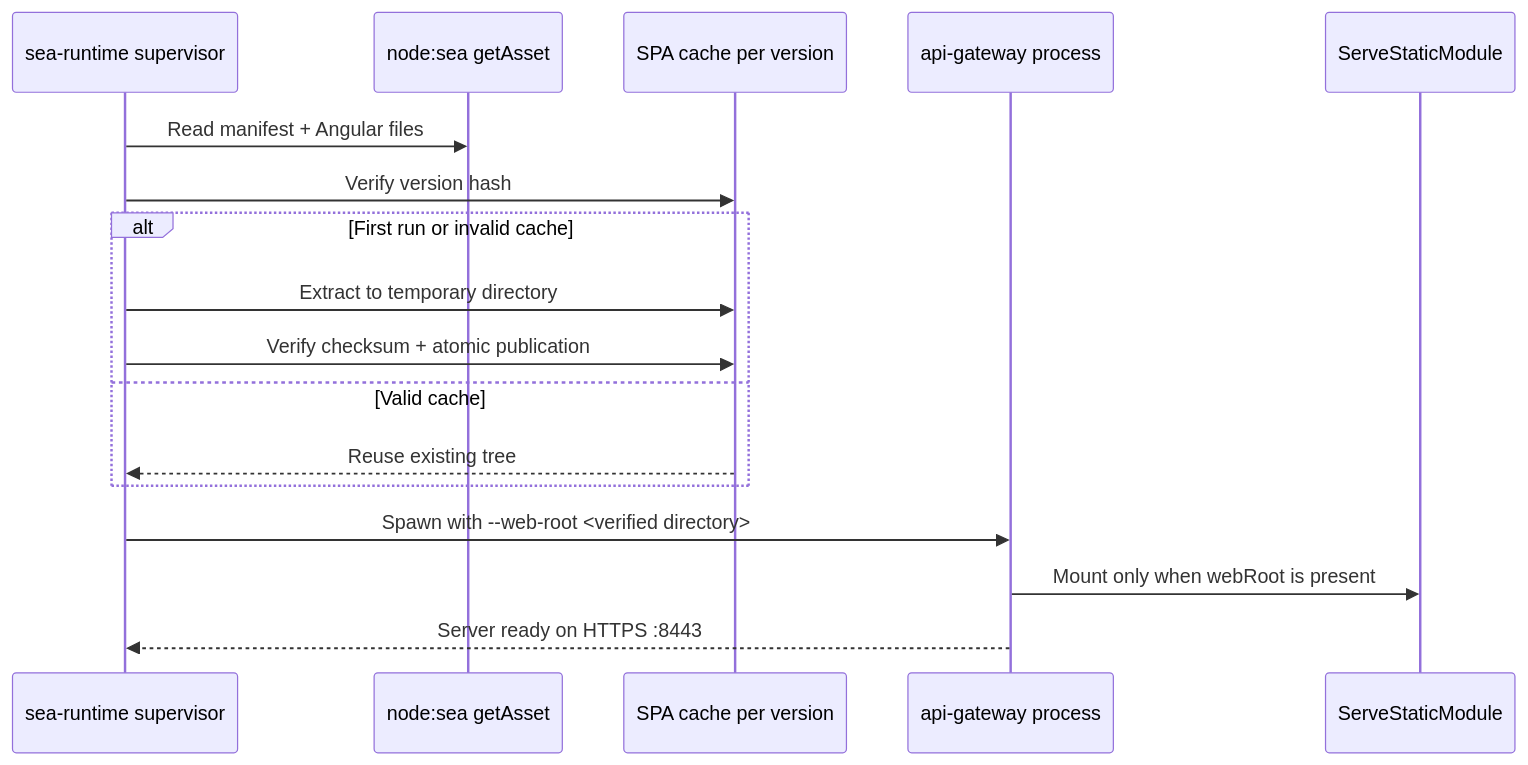
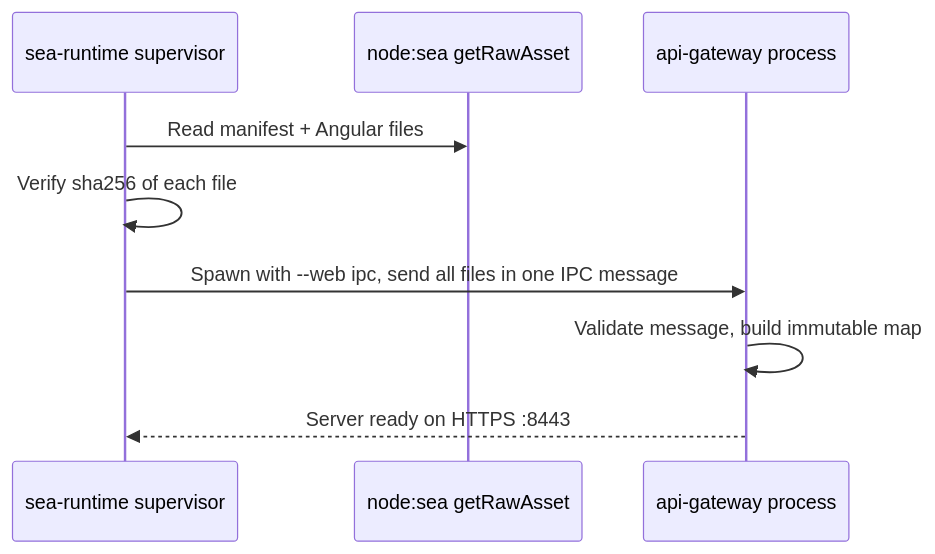
Before and after one commit to virgenherrera/lan-solution-template: the third of 7 diagrams in docs/requirements/06-web-gateway-https-pwa.md, drawn with Mermaid. The commit also changed other lines of this file and 20 other files, not shown here.

Commit message:
feat: serve the web bundle from memory over IPC (POC-1f) (#9)

````diff
--- a/docs/requirements/06-web-gateway-https-pwa.md
+++ b/docs/requirements/06-web-gateway-https-pwa.md
@@ -112,19 +110,11 @@
 ```mermaid
 sequenceDiagram
     participant SEA as sea-runtime supervisor
-    participant Assets as node:sea getAsset
-    participant Cache as SPA cache per version
+    participant Assets as node:sea getRawAsset
     participant Gateway as api-gateway process
-    participant Static as ServeStaticModule
     SEA->>Assets: Read manifest + Angular files
-    SEA->>Cache: Verify version hash
-    alt First run or invalid cache
-      SEA->>Cache: Extract to temporary directory
-      SEA->>Cache: Verify checksum + atomic publication
-    else Valid cache
-      Cache-->>SEA: Reuse existing tree
-    end
-    SEA->>Gateway: Spawn with --web-root <verified directory>
-    Gateway->>Static: Mount only when webRoot is present
+    SEA->>SEA: Verify sha256 of each file
+    SEA->>Gateway: Spawn with --web ipc, send all files in one IPC message
+    Gateway->>Gateway: Validate message, build immutable map
     Gateway-->>SEA: Server ready on HTTPS :8443
 ```
````
